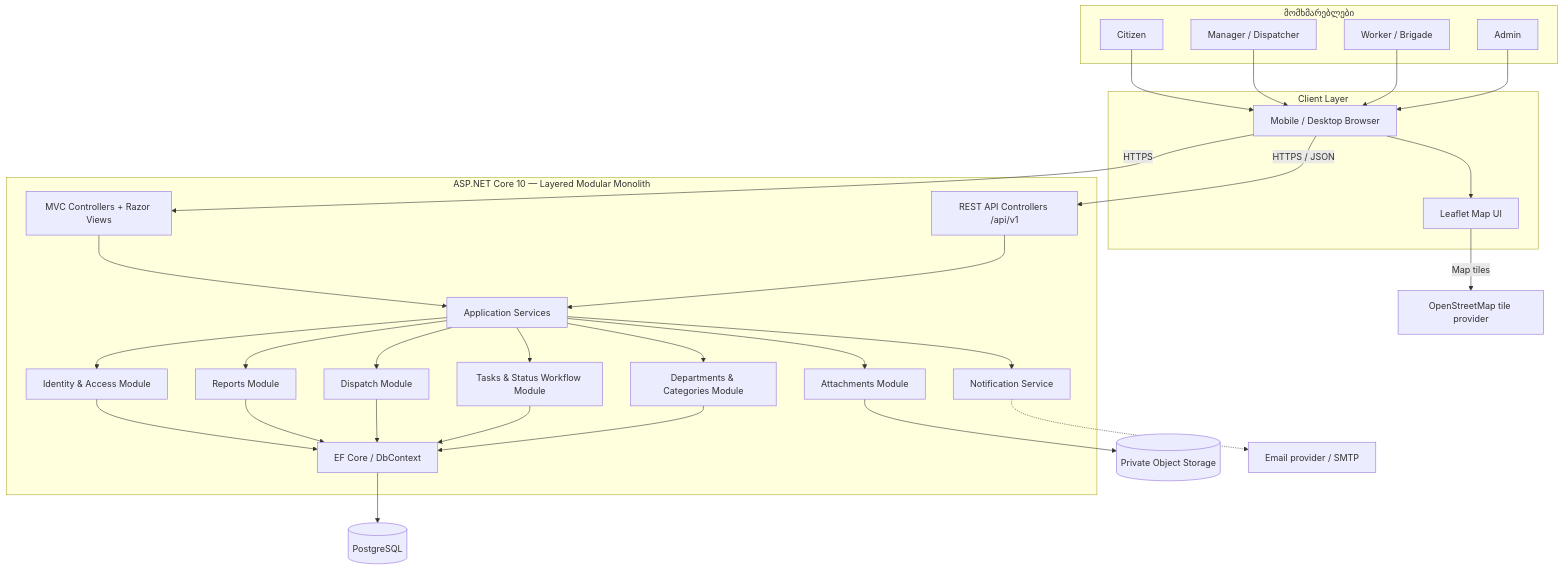
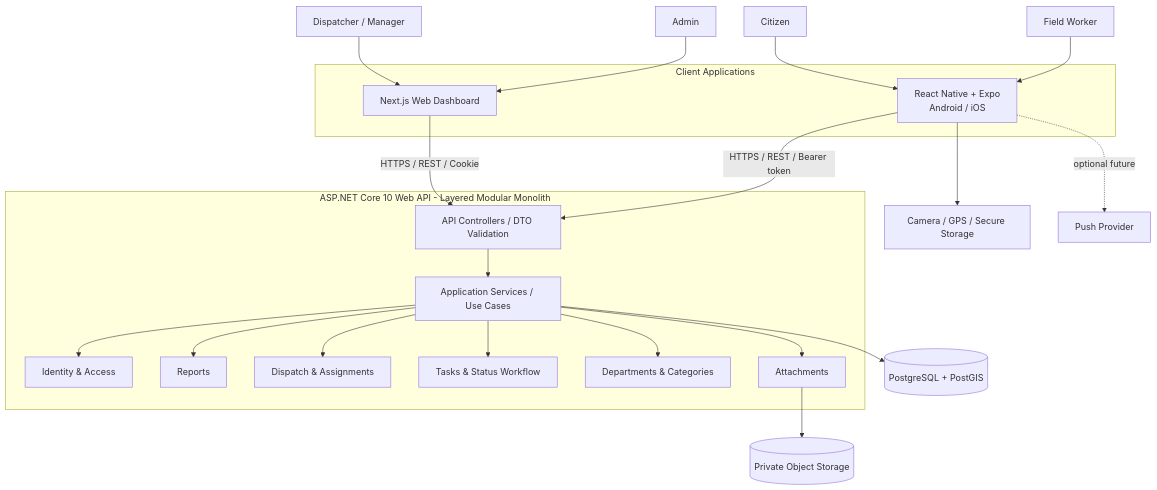
Before and after one commit to gigigiorgadze10/fixit: the first of 2 diagrams in ARCHITECTURE.md, drawn with Mermaid. The commit also changed other lines of this file and 42 other files, not shown here.

Commit message:
fix: change architecture and us stories

````diff
--- a/ARCHITECTURE.md
+++ b/ARCHITECTURE.md
@@ -23,56 +28,38 @@
 ```mermaid
 flowchart TB
-    subgraph USERS["მომხმარებლები"]
-        CIT["Citizen"]
-        MGR["Manager / Dispatcher"]
-        WRK["Worker / Brigade"]
-        ADM["Admin"]
+    CIT[Citizen] --> MOB
+    WRK[Field Worker] --> MOB
+    DSP[Dispatcher / Manager] --> WEB
+    ADM[Admin] --> WEB
+
+    subgraph CLIENTS[Client Applications]
+      MOB[React Native + Expo<br/>Android / iOS]
+      WEB[Next.js Web Dashboard]
     end
 
-    subgraph WEB["Client Layer"]
-        BROWSER["Mobile / Desktop Browser"]
-        LEAF["Leaflet Map UI"]
+    MOB -->|HTTPS / REST / Bearer token| API
+    WEB -->|HTTPS / REST / Cookie| API
+
+    subgraph BACKEND[ASP.NET Core 10 Web API - Layered Modular Monolith]
+      API[API Controllers / DTO Validation]
+      APP[Application Services / Use Cases]
+      ID[Identity & Access]
+      REP[Reports]
+      DSPM[Dispatch & Assignments]
+      WF[Tasks & Status Workflow]
+      CAT[Departments & Categories]
+      ATT[Attachments]
+      API --> APP
+      APP --> ID
+      APP --> REP
+      APP --> DSPM
+      APP --> WF
+      APP --> CAT
+      APP --> ATT
     end
 
-    CIT --> BROWSER
-    MGR --> BROWSER
-    WRK --> BROWSER
-    ADM --> BROWSER
-    BROWSER --> LEAF
-
-    subgraph APP["ASP.NET Core 10 — Layered Modular Monolith"]
-        MVC["MVC Controllers + Razor Views"]
-        API["REST API Controllers /api/v1"]
-        AUTH["Identity & Access Module"]
-        REPORTS["Reports Module"]
-        DISPATCH["Dispatch Module"]
-        TASKS["Tasks & Status Workflow Module"]
-        CATALOG["Departments & Categories Module"]
-        MEDIA["Attachments Module"]
-        NOTIFY["Notification Service"]
-        SERVICES["Application Services"]
-        DATA["EF Core / DbContext"]
-
-        MVC --> SERVICES
-        API --> SERVICES
-        SERVICES --> AUTH
-        SERVICES --> REPORTS
-        SERVICES --> DISPATCH
-        SERVICES --> TASKS
-        SERVICES --> CATALOG
-        SERVICES --> MEDIA
-        SERVICES --> NOTIFY
-        AUTH --> DATA
-        REPORTS --> DATA
-        DISPATCH --> DATA
-        TASKS --> DATA
-        CATALOG --> DATA
-    end
-
-    BROWSER -->|"HTTPS"| MVC
-    BROWSER -->|"HTTPS / JSON"| API
-    LEAF -->|"Map tiles"| OSM["OpenStreetMap tile provider"]
-    MEDIA --> STORAGE[("Private Object Storage")]
-    DATA --> DB[("PostgreSQL")]
-    NOTIFY -.-> EMAIL["Email provider / SMTP"]
+    APP --> DB[(PostgreSQL + PostGIS)]
+    ATT --> OBJ[(Private Object Storage)]
+    MOB --> DEVICE[Camera / GPS / Secure Storage]
+    MOB -. optional future .-> PUSH[Push Provider]
 ```
````
